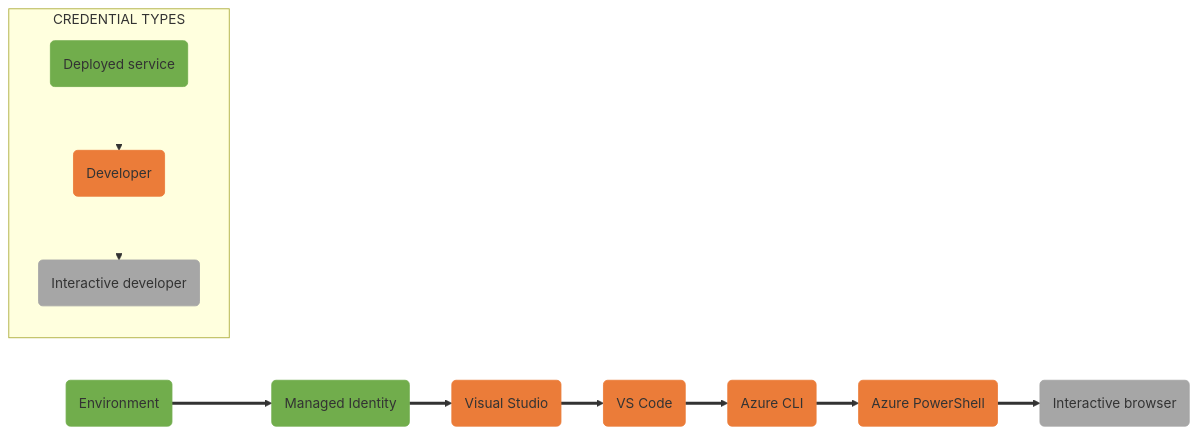
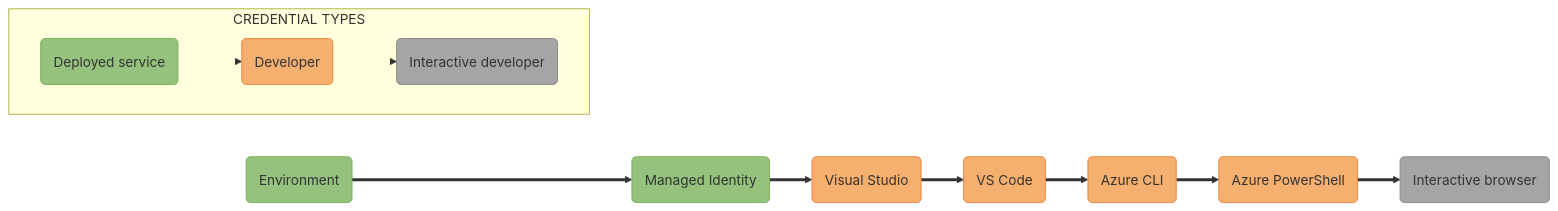
The diagram in sdk/identity/Azure.Identity/images/mermaidjs/DefaultAzureCredentialAuthFlow.md (zackliu/azure-sdk-for-net), drawn with Mermaid before and after one commit. The commit also changed 1 other file, not shown here.

Commit message:
Adjust contrast in DefaultAzureCredential auth flow diagram (#28276)

````diff
--- a/sdk/identity/Azure.Identity/images/mermaidjs/DefaultAzureCredentialAuthFlow.md
+++ b/sdk/identity/Azure.Identity/images/mermaidjs/DefaultAzureCredentialAuthFlow.md
@@ -1,33 +1,32 @@
 ```mermaid
 %% STEPS TO GENERATE IMAGE
 %% =======================
 %% 1. Install mermaid CLI (see https://github.com/mermaid-js/mermaid-cli/blob/master/README.md)
 %% 2. Run command: mmdc -i DefaultAzureCredentialAuthFlow.md -o DefaultAzureCredentialAuthFlow.svg
 
 flowchart LR;
     A(Environment):::deployed ==> B(Managed Identity):::deployed ==> C(Visual Studio):::developer ==> D(VS Code):::developer ==> E(Azure CLI):::developer ==> F(Azure PowerShell):::developer ==> G(Interactive browser):::interactive;
 
     subgraph CREDENTIAL TYPES;
-        %%direction LR;
-        direction TB;
+        direction LR;
         Deployed(Deployed service):::deployed ==> Developer(Developer):::developer ==> Interactive(Interactive developer):::interactive;
 
         %% Hide links between boxes in the legend by setting width to 0. The integers after "linkStyle" represent link indices.
         linkStyle 6 stroke-width:0px;
         linkStyle 7 stroke-width:0px;
     end;
 
     %% Define styles for credential type boxes
-    classDef deployed fill:#71AD4C, stroke:#71AD4C;
-    classDef developer fill:#EB7C39, stroke:#EB7C39;
-    classDef interactive fill:#A6A6A6, stroke:#A6A6A6;
+    classDef deployed fill:#95C37E, stroke:#71AD4C;
+    classDef developer fill:#F5AF6F, stroke:#EB7C39;
+    classDef interactive fill:#A5A5A5, stroke:#828282;
 
     %% Add API ref links to credential type boxes
     click A "https://docs.microsoft.com/dotnet/api/azure.identity.environmentcredential?view=azure-dotnet" _blank;
     click B "https://docs.microsoft.com/dotnet/api/azure.identity.managedidentitycredential?view=azure-dotnet" _blank;
     click C "https://docs.microsoft.com/dotnet/api/azure.identity.visualstudiocredential?view=azure-dotnet" _blank;
     click D "https://docs.microsoft.com/dotnet/api/azure.identity.visualstudiocodecredential?view=azure-dotnet" _blank;
     click E "https://docs.microsoft.com/dotnet/api/azure.identity.azureclicredential?view=azure-dotnet" _blank;
     click F "https://docs.microsoft.com/dotnet/api/azure.identity.azurepowershellcredential?view=azure-dotnet" _blank;
     click G "https://docs.microsoft.com/dotnet/api/azure.identity.interactivebrowsercredential?view=azure-dotnet" _blank;
 ```
````
